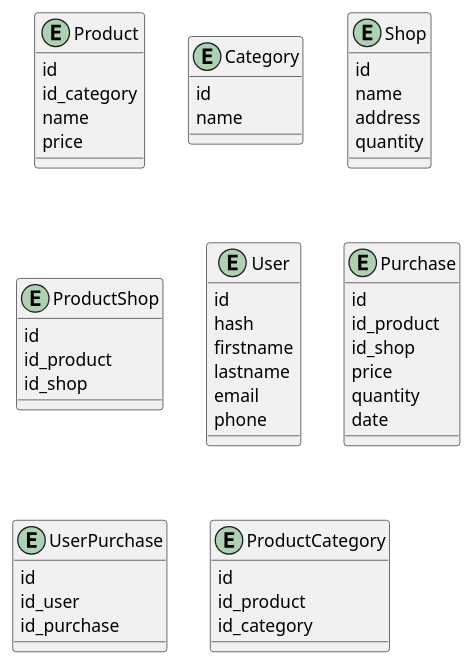
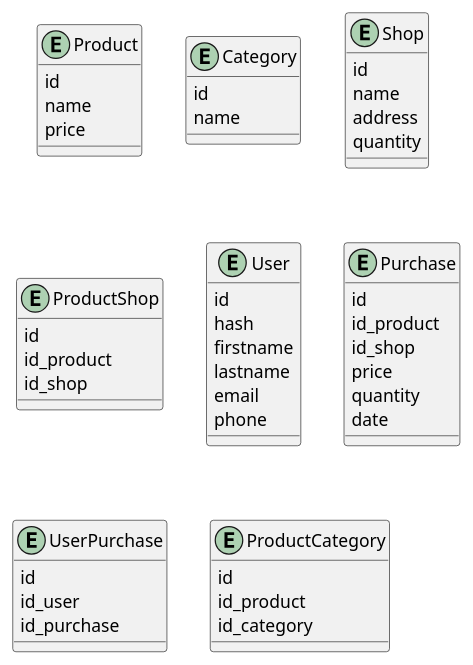
Before and after one commit to AntonenkoTymofii/ShopReview: the diagram in back/review/Internet-Shop.puml, drawn with PlantUML. The commit also changed 2 other files, not shown here.

```diff
--- a/back/review/Internet-Shop.puml
+++ b/back/review/Internet-Shop.puml
@@ -1,61 +1,60 @@
 @startuml
 'https://plantuml.com/class-diagram
 
 entity Product {
     id
-    id_category
     name
     price
 }
 
 entity Category {
     id
     name
 }
 
 entity Shop {
     id
     name
     address
     quantity
 }
 
 entity ProductShop {
     id
     id_product
     id_shop
 }
 
 entity User {
     id
     hash
     firstname
     lastname
     email
     phone
 }
 
 entity Purchase {
     id
     id_product
     id_shop
     price
     quantity
     date
 }
 
 entity UserPurchase {
     id
     id_user
     id_purchase
 }
 
 entity ProductCategory {
     id
     id_product
     id_category
 }
 
 
 
 @enduml
```
